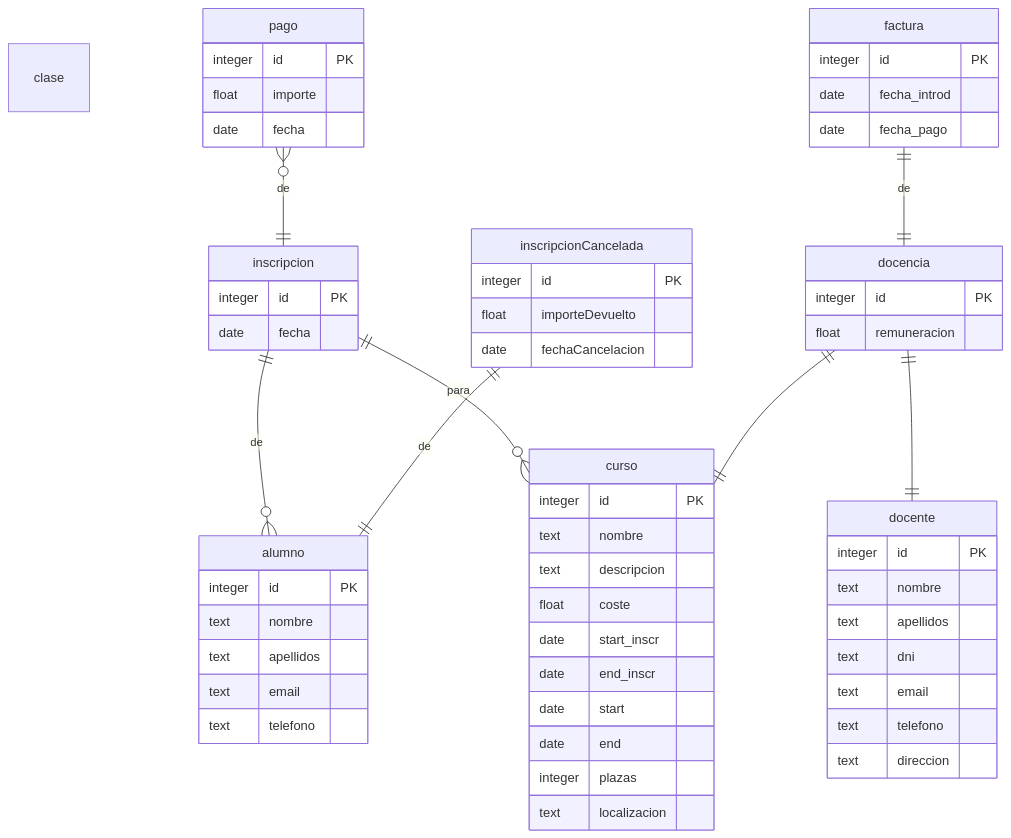
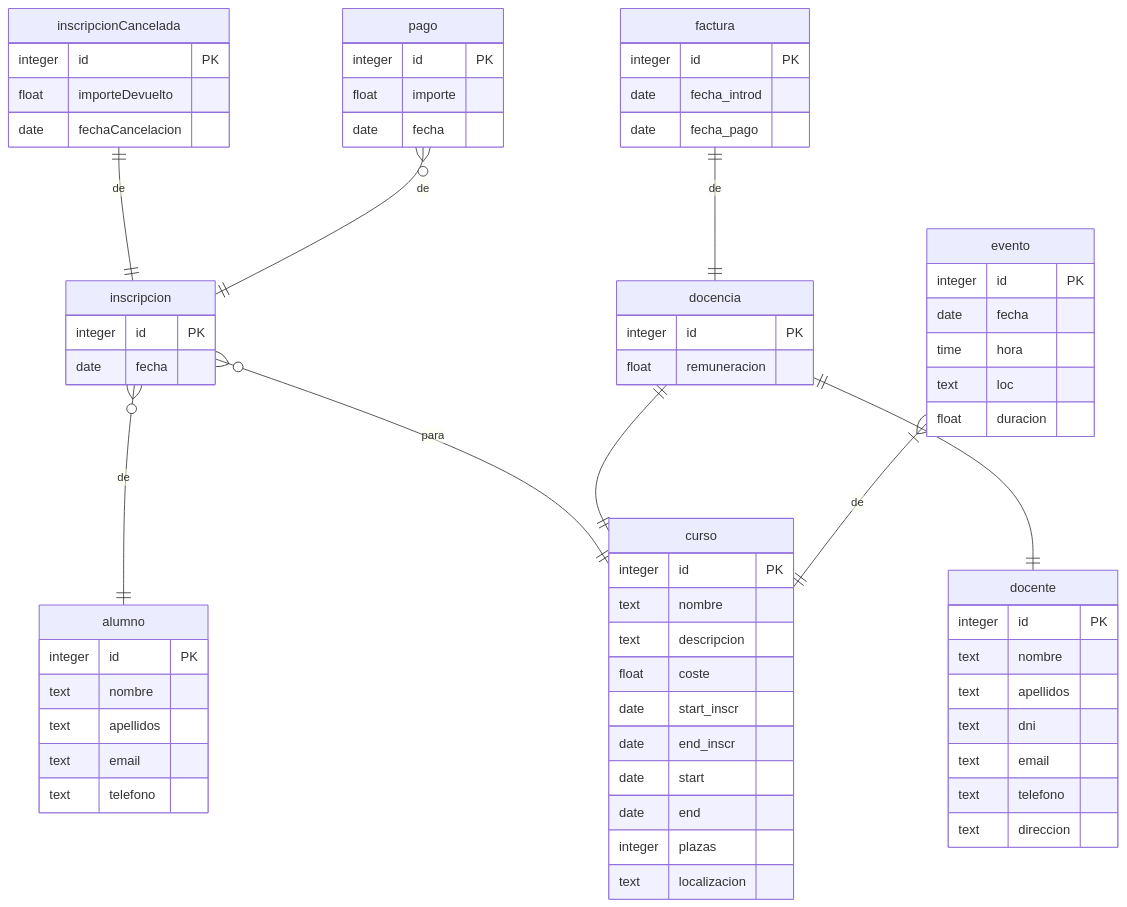
The first of 3 diagrams in EPI/3-2/Sistemas de Información/SI2022-PL41.md (alexZeLoCO/vault-101), drawn with Mermaid before and after one commit. The commit also changed 2 other files, not shown here.

````diff
--- a/EPI/3-2/Sistemas de Información/SI2022-PL41.md
+++ b/EPI/3-2/Sistemas de Información/SI2022-PL41.md
@@ -17,69 +17,75 @@
 ```mermaid
 erDiagram
 	curso {
 		integer id PK
 		text nombre
 		text descripcion
 		float coste
 		date start_inscr
 		date end_inscr
 		date start
 		date end
 		integer plazas
 		text localizacion
 	}
 	inscripcion {
 		 integer id PK
 		 date fecha
 	}
 	inscripcionCancelada {
 		 integer id PK
 		 float importeDevuelto
 		 date fechaCancelacion	
 	}
 	alumno {
 		 integer id PK
 		 text nombre
 		 text apellidos
 		 text email
 		 text telefono
 	}
 	docente {
 		 integer id PK 
 		 text nombre
 	     text apellidos
 	     text dni
 	     text email
 	     text telefono
 		 text direccion 
 	}
 	docencia {
 		 integer id PK
 		 float remuneracion
 	}
-	clase {
-		  
+	evento {
+		integer id PK
+		date fecha
+		time hora
+		text loc
+		float duracion
 	}
 	pago {
 		 integer id PK
 		 float importe
 		 date fecha
 	}
 	factura {
 		 integer id PK
 		 date fecha_introd
 		 date fecha_pago
 	}
 
-	inscripcion ||--o{ alumno : "de"
-    inscripcion ||--o{ curso : "para"
+	inscripcion }o--|| alumno : "de"
+    inscripcion }o--|| curso : "para"
 
-	inscripcionCancelada ||--|| alumno : "de"
+	inscripcionCancelada ||--|| inscripcion : "de"
 
 	docencia ||--|| docente : ""
 	docencia ||--|| curso : ""
+
+	evento }|--|| curso : "de"
 
 	pago }o--|| inscripcion : "de"
  
 	factura ||--|| docencia : "de"
 ```
````
